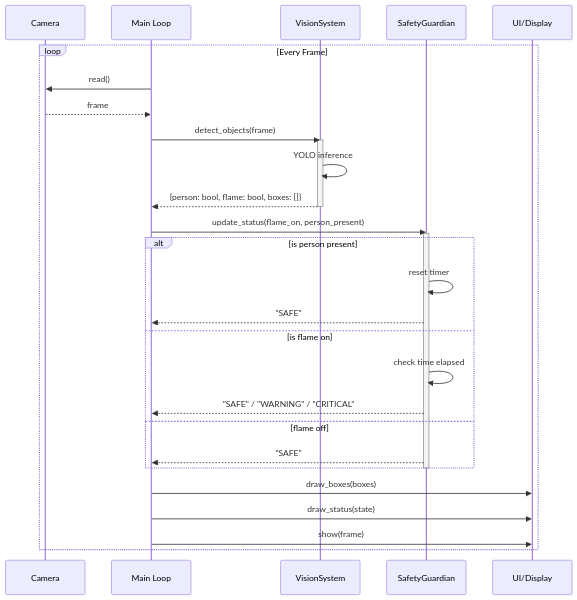
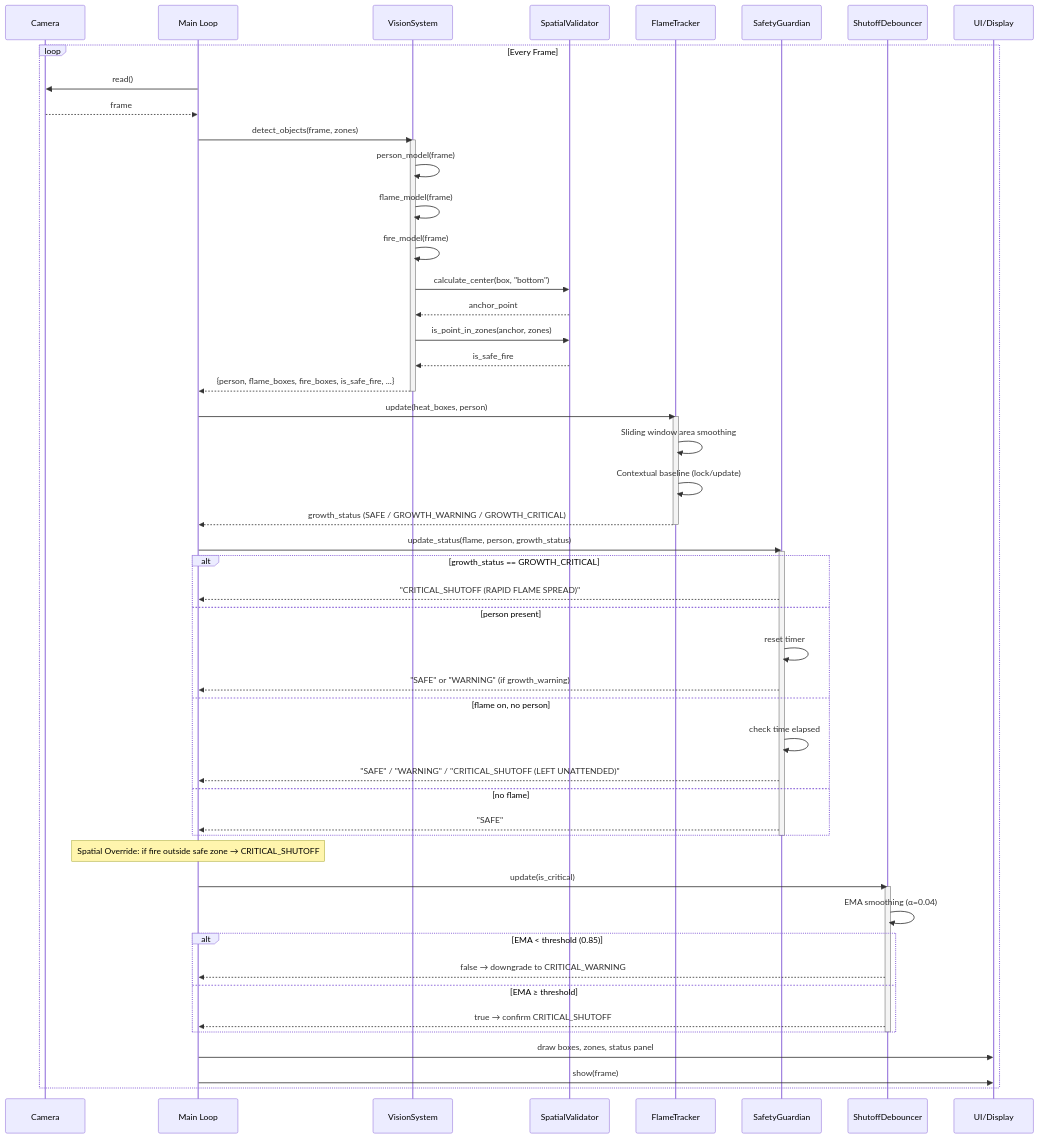
The third of 4 diagrams in docs/architecture.md (mNik033/kitchen-guardian-cv), drawn with Mermaid before and after one commit. The commit also changed other lines of this file, not shown here.

First line of the commit message:
docs: update system architecture

````diff
--- a/docs/architecture.md
+++ b/docs/architecture.md
@@ -95,36 +208,65 @@
 ```mermaid
 sequenceDiagram
     participant C as Camera
     participant M as Main Loop
     participant V as VisionSystem
+    participant Sp as SpatialValidator
+    participant FT as FlameTracker
     participant S as SafetyGuardian
+    participant D as ShutoffDebouncer
     participant U as UI/Display
 
     loop Every Frame
         M->>C: read()
         C-->>M: frame
-        
-        M->>V: detect_objects(frame)
+
+        M->>V: detect_objects(frame, zones)
         activate V
-        V->>V: YOLO inference
-        V-->>M: {person: bool, flame: bool, boxes: []}
+        V->>V: person_model(frame)
+        V->>V: flame_model(frame)
+        V->>V: fire_model(frame)
+        V->>Sp: calculate_center(box, "bottom")
+        Sp-->>V: anchor_point
+        V->>Sp: is_point_in_zones(anchor, zones)
+        Sp-->>V: is_safe_fire
+        V-->>M: {person, flame_boxes, fire_boxes, is_safe_fire, ...}
         deactivate V
 
-        M->>S: update_status(flame_on, person_present)
+        M->>FT: update(heat_boxes, person)
+        activate FT
+        FT->>FT: Sliding window area smoothing
+        FT->>FT: Contextual baseline (lock/update)
+        FT-->>M: growth_status (SAFE / GROWTH_WARNING / GROWTH_CRITICAL)
+        deactivate FT
+
+        M->>S: update_status(flame, person, growth_status)
         activate S
-        alt is person present
+        alt growth_status == GROWTH_CRITICAL
+            S-->>M: "CRITICAL_SHUTOFF (RAPID FLAME SPREAD)"
+        else person present
             S->>S: reset timer
-            S-->>M: "SAFE"
-        else is flame on
+            S-->>M: "SAFE" or "WARNING" (if growth_warning)
+        else flame on, no person
             S->>S: check time elapsed
-            S-->>M: "SAFE" / "WARNING" / "CRITICAL"
-        else flame off
+            S-->>M: "SAFE" / "WARNING" / "CRITICAL_SHUTOFF (LEFT UNATTENDED)"
+        else no flame
             S-->>M: "SAFE"
         end
         deactivate S
 
-        M->>U: draw_boxes(boxes)
-        M->>U: draw_status(state)
+        note over M: Spatial Override: if fire outside safe zone → CRITICAL_SHUTOFF
+
+        M->>D: update(is_critical)
+        activate D
+        D->>D: EMA smoothing (α=0.04)
+        alt EMA < threshold (0.85)
+            D-->>M: false → downgrade to CRITICAL_WARNING
+        else EMA ≥ threshold
+            D-->>M: true → confirm CRITICAL_SHUTOFF
+        end
+        deactivate D
+
+        M->>U: draw boxes, zones, status panel
         M->>U: show(frame)
     end
 ```
````
